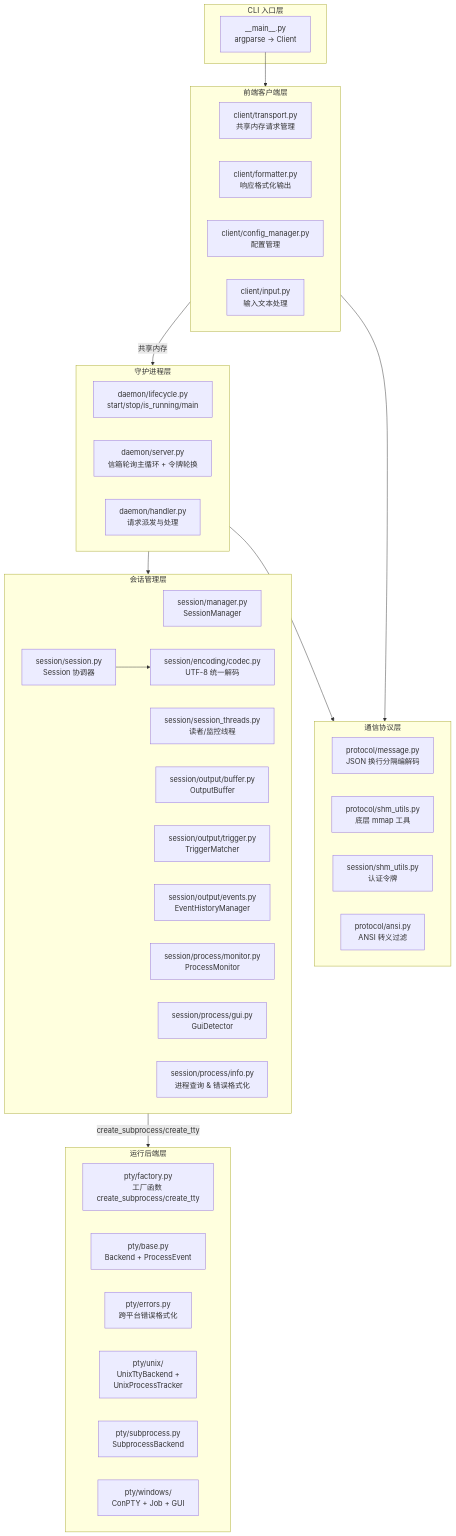
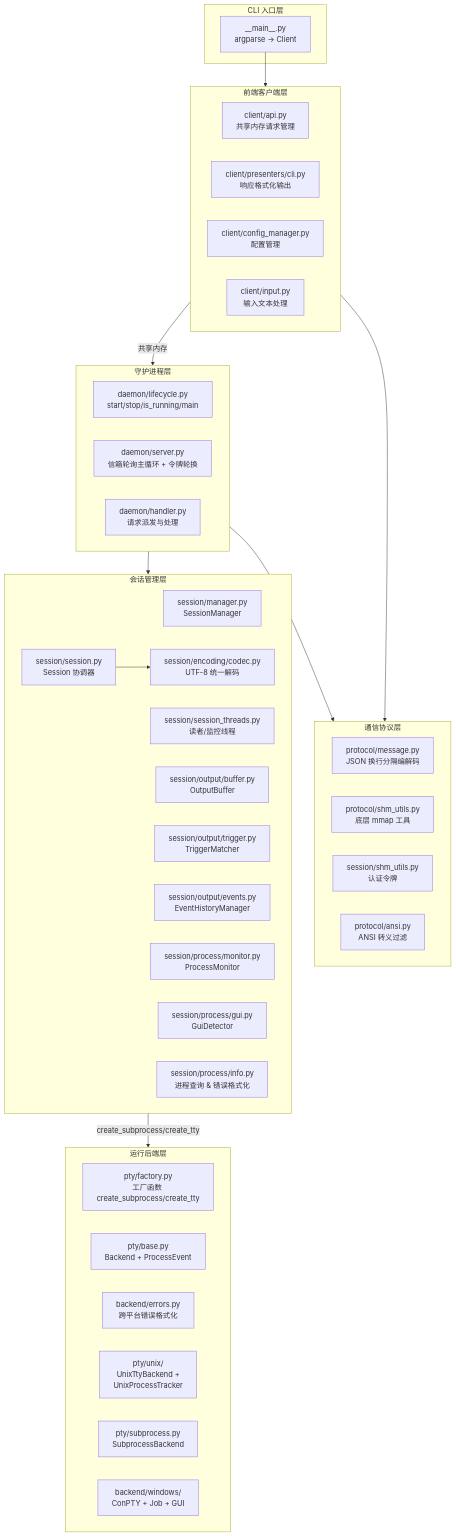
The first of 2 diagrams in docs/设计架构.md (ming-14/PTY-Agent), drawn with Mermaid before and after one commit. The commit also changed other lines of this file and 9 other files, not shown here.

````diff
--- a/docs/设计架构.md
+++ b/docs/设计架构.md
@@ -119,57 +111,57 @@
 ```mermaid
 graph TB
     subgraph CLI["CLI 入口层"]
         MAIN["__main__.py<br/>argparse → Client"]
     end
 
     subgraph CLIENT["前端客户端层"]
-        TRANS["client/transport.py<br/>共享内存请求管理"]
-        FORM["client/formatter.py<br/>响应格式化输出"]
+        TRANS["client/api.py<br/>共享内存请求管理"]
+        FORM["client/presenters/cli.py<br/>响应格式化输出"]
         CFGM["client/config_manager.py<br/>配置管理"]
         INP["client/input.py<br/>输入文本处理"]
     end
 
     subgraph PROTO["通信协议层"]
         MSG["protocol/message.py<br/>JSON 换行分隔编解码"]
         SHM_UTIL["protocol/shm_utils.py<br/>底层 mmap 工具"]
         SHM["protocol/shm.py<br/>共享内存协议（信箱/信息区/通道）"]
         ANSI["protocol/ansi.py<br/>ANSI 转义过滤"]
     end
 
     subgraph DAEMON["守护进程层"]
         DLIFE["daemon/lifecycle.py<br/>start/stop/is_running/main"]
         SRV["daemon/server.py<br/>信箱轮询主循环 + 令牌轮换"]
         HDL["daemon/handler.py<br/>请求派发与处理"]
     end
 
     subgraph SESS["会话管理层"]
         SMGR["session/manager.py<br/>SessionManager"]
         SES["session/session.py<br/>Session 协调器"]
         STHR["session/session_threads.py<br/>读者/监控线程"]
         OBUF["session/output/buffer.py<br/>OutputBuffer"]
         TRIG["session/output/trigger.py<br/>TriggerMatcher"]
         EHIST["session/output/events.py<br/>EventHistoryManager"]
         PMON["session/process/monitor.py<br/>ProcessMonitor"]
         GDET["session/process/gui.py<br/>GuiDetector"]
         PROC["session/process/info.py<br/>进程查询 & 错误格式化"]
         ENC["session/encoding/codec.py<br/>UTF-8 统一解码"]
         SHM["session/shm_utils.py<br/>认证令牌"]
     end
 
     subgraph PTY["运行后端层"]
         PFAC["pty/factory.py<br/>工厂函数 create_subprocess/create_tty"]
         PBASE["pty/base.py<br/>Backend + ProcessEvent"]
-        ERR["pty/errors.py<br/>跨平台错误格式化"]
+        ERR["backend/errors.py<br/>跨平台错误格式化"]
         UNX["pty/unix/<br/>UnixTtyBackend +<br/>UnixProcessTracker"]
         SUB["pty/subprocess.py<br/>SubprocessBackend"]
-        WIN["pty/windows/<br/>ConPTY + Job + GUI"]
+        WIN["backend/windows/<br/>ConPTY + Job + GUI"]
     end
 
     MAIN --> CLIENT
     CLIENT -->|共享内存| DAEMON
     CLIENT --> PROTO
     DAEMON --> PROTO
     DAEMON --> SESS
     SESS -->|create_subprocess/create_tty| PTY
     SES --> ENC
 ```
````
